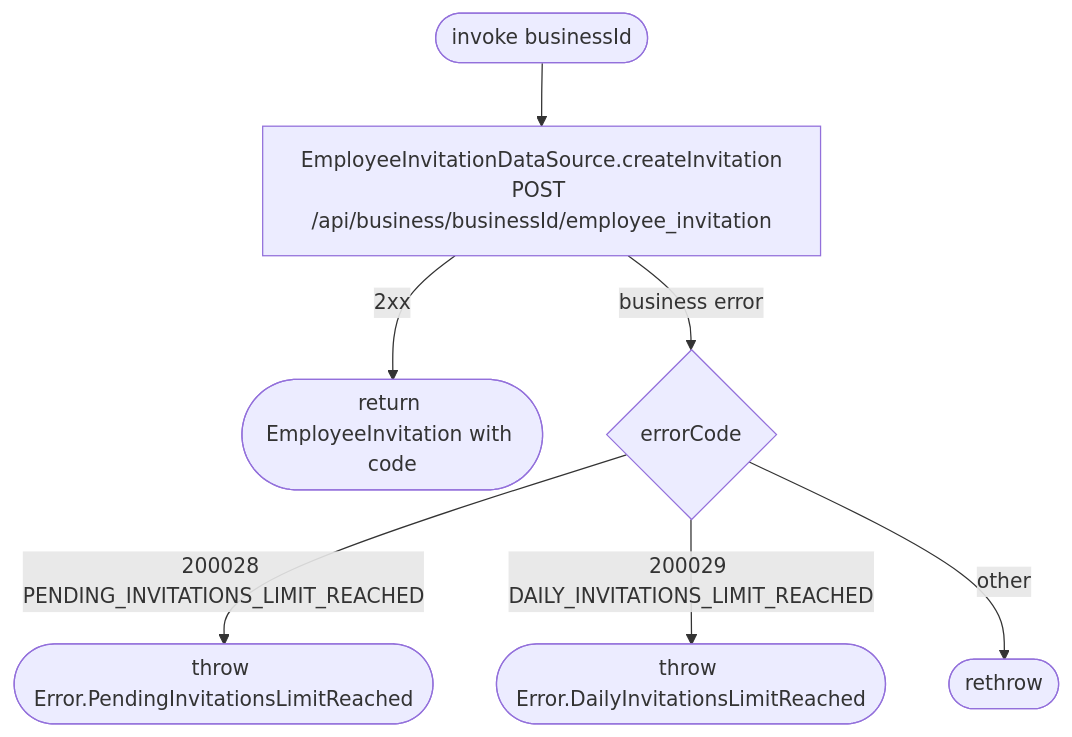
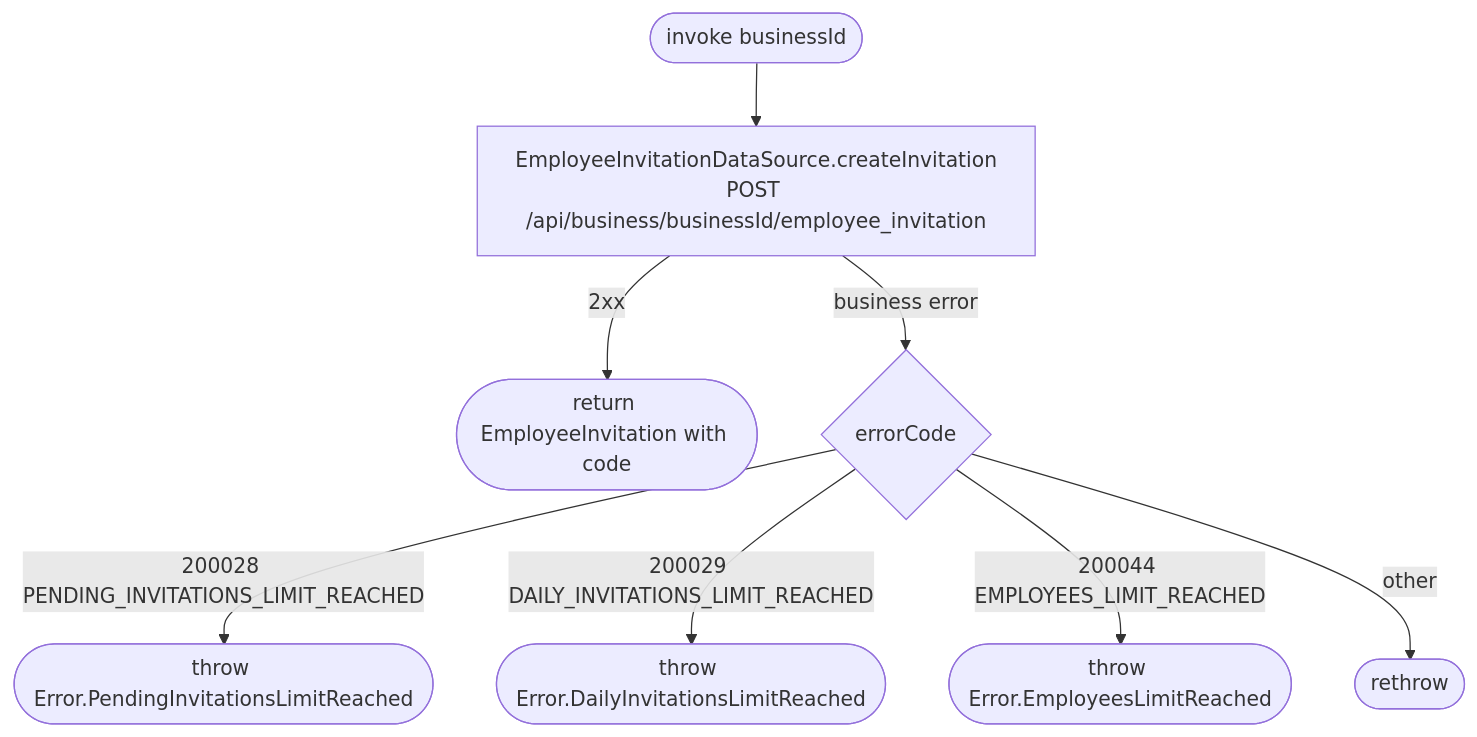
Before and after one commit to nocturneproperties/bookkme-client: the diagram in docs/operations/employees/create-employee-invitation.md, drawn with Mermaid. The commit also changed other lines of this file and 91 other files, not shown here.

````diff
--- a/docs/operations/employees/create-employee-invitation.md
+++ b/docs/operations/employees/create-employee-invitation.md
@@ -12,9 +15,10 @@
 ```mermaid
 flowchart TD
     Start([invoke businessId]) --> Net[EmployeeInvitationDataSource.createInvitation<br/>POST /api/business/businessId/employee_invitation]
     Net -- 2xx --> R([return EmployeeInvitation with code])
     Net -- business error --> Code{errorCode}
     Code -- 200028 PENDING_INVITATIONS_LIMIT_REACHED --> E1([throw Error.PendingInvitationsLimitReached])
     Code -- 200029 DAILY_INVITATIONS_LIMIT_REACHED --> E2([throw Error.DailyInvitationsLimitReached])
+    Code -- 200044 EMPLOYEES_LIMIT_REACHED --> E3([throw Error.EmployeesLimitReached])
     Code -- other --> EX([rethrow])
 ```
````
